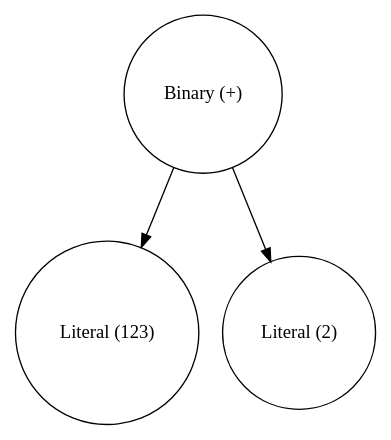
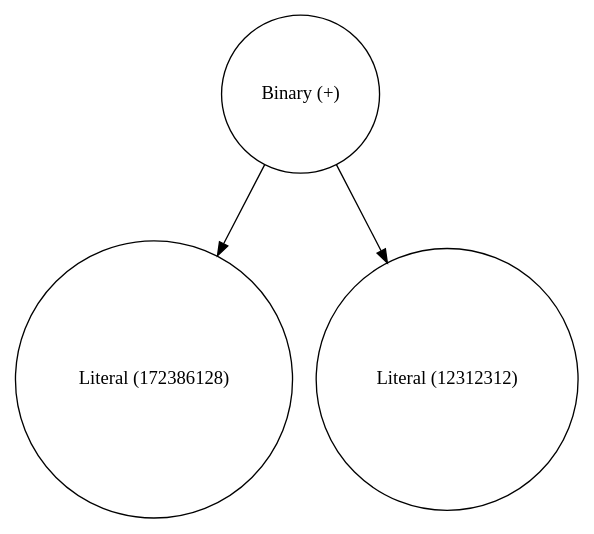
The diagram in CompilerCreationTool/CompilerCreationTool/ast.dot (chosti34/CompilerCreationTool), drawn with Graphviz before and after one commit. The commit also changed 13 other files, not shown here.

```diff
--- a/CompilerCreationTool/CompilerCreationTool/ast.dot
+++ b/CompilerCreationTool/CompilerCreationTool/ast.dot
@@ -1,7 +1,7 @@
 digraph {
 0 [shape="circle" label="Binary (+)"];
-1 [shape="circle" label="Literal (123)"];
-2 [shape="circle" label="Literal (2)"];
+1 [shape="circle" label="Literal (172386128)"];
+2 [shape="circle" label="Literal (12312312)"];
 0->1 [label=" "];
 0->2 [label=" "];
 }
```
